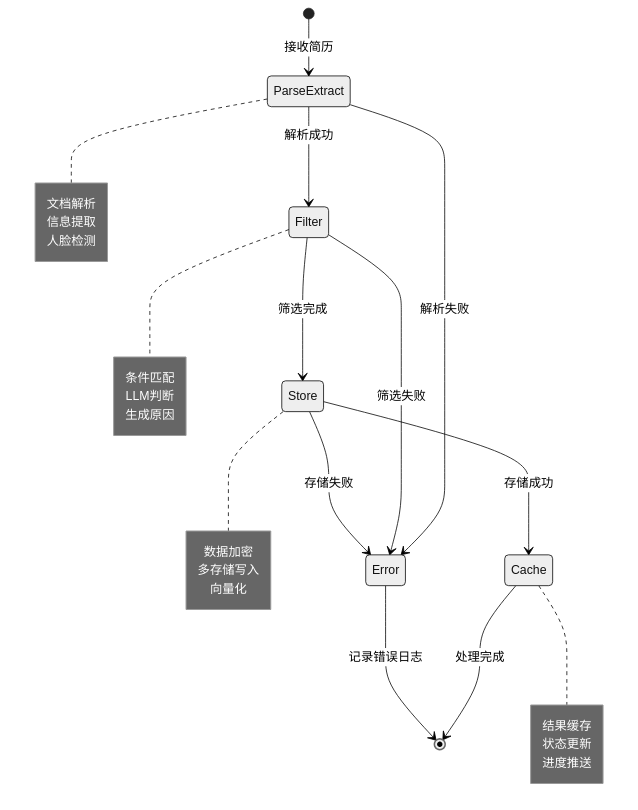
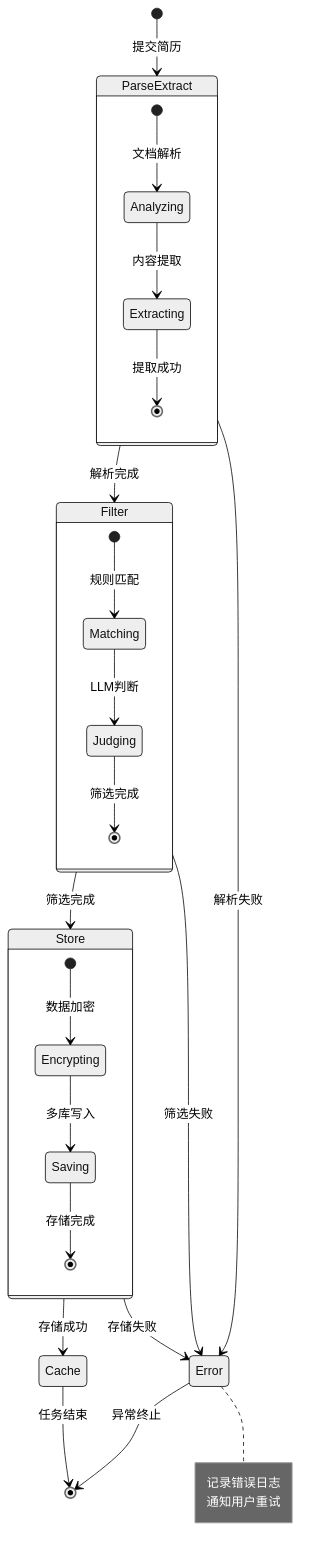
Before and after one commit to xt765/ResumeScreening: the fifth of 11 diagrams in docs/architecture.md, drawn with Mermaid (neutral theme). The commit also changed other lines of this file and 5 other files, not shown here.

Commit message:
refactor: remove similarity score and update documentation diagrams

````diff
--- a/docs/architecture.md
+++ b/docs/architecture.md
@@ -384,39 +408,39 @@
 ```mermaid
 stateDiagram-v2
-    [*] --> ParseExtract: 接收简历
-    ParseExtract --> Filter: 解析成功
+    [*] --> ParseExtract: 提交简历
+    
+    state ParseExtract {
+        [*] --> Analyzing: 文档解析
+        Analyzing --> Extracting: 内容提取
+        Extracting --> [*]: 提取成功
+    }
+    
+    ParseExtract --> Filter: 解析完成
     ParseExtract --> Error: 解析失败
-  
+    
+    state Filter {
+        [*] --> Matching: 规则匹配
+        Matching --> Judging: LLM判断
+        Judging --> [*]: 筛选完成
+    }
+    
     Filter --> Store: 筛选完成
     Filter --> Error: 筛选失败
-  
+    
+    state Store {
+        [*] --> Encrypting: 数据加密
+        Encrypting --> Saving: 多库写入
+        Saving --> [*]: 存储完成
+    }
+    
     Store --> Cache: 存储成功
     Store --> Error: 存储失败
-  
-    Cache --> [*]: 处理完成
-    Error --> [*]: 记录错误日志
-  
-    note right of ParseExtract
-        文档解析
-        信息提取
-        人脸检测
-    end note
-  
-    note right of Filter
-        条件匹配
-        LLM判断
-        生成原因
-    end note
-  
-    note right of Store
-        数据加密
-        多存储写入
-        向量化
-    end note
-  
-    note right of Cache
-        结果缓存
-        状态更新
-        进度推送
+    
+    Cache --> [*]: 任务结束
+    Error --> [*]: 异常终止
+    
+    note right of Error
+        记录错误日志
+        通知用户重试
     end note
 ```
````
